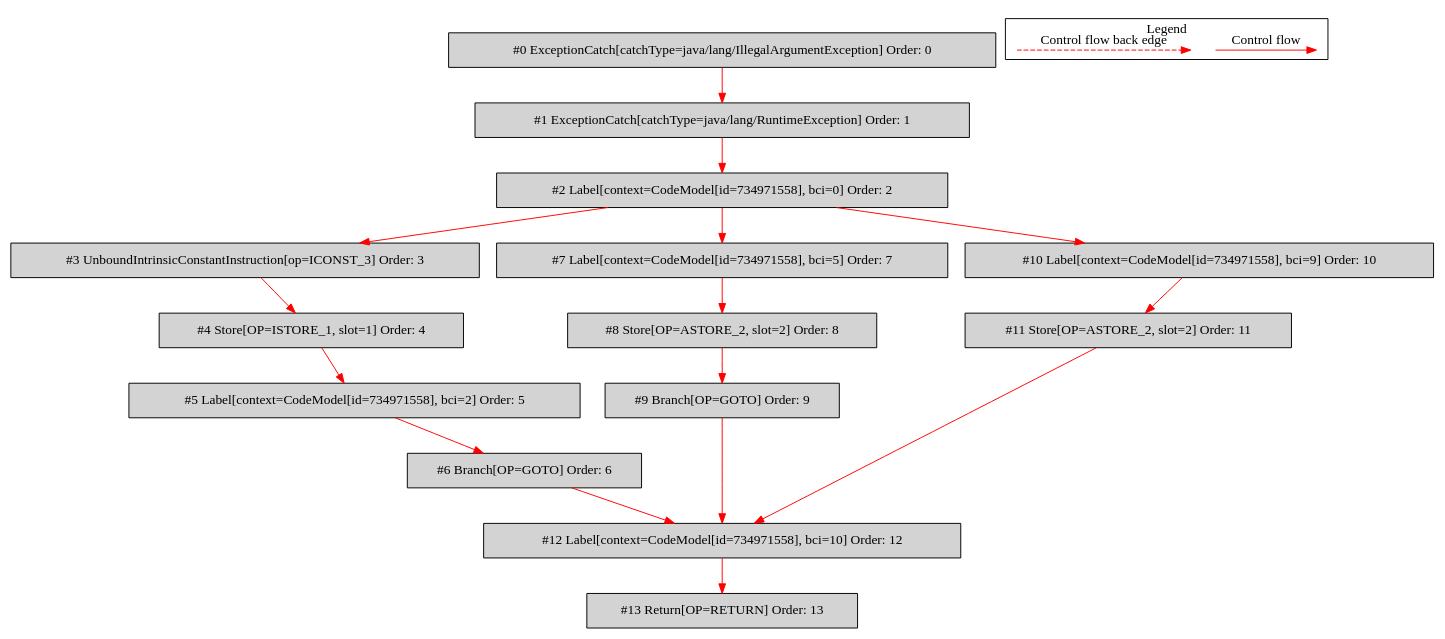
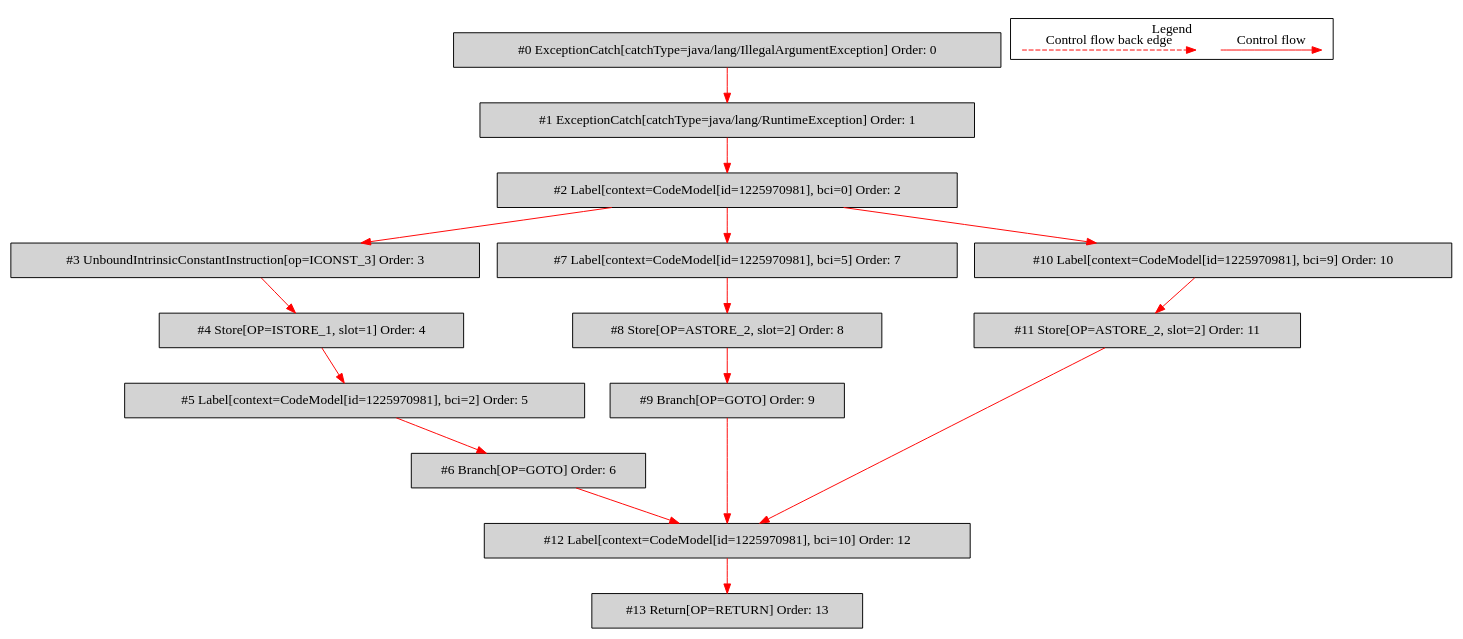
One commit to mirkosertic/MetaIR changed the diagram in de.mirkosertic.metair.ir.OpcodeTryCatchTest/test_CatchOfTwo/bytecodecfg.dot. Above: the diagram before and after it, drawn with Graphviz. The commit also changed 1418 other files, not shown here.

```diff
--- a/de.mirkosertic.metair.ir.OpcodeTryCatchTest/test_CatchOfTwo/bytecodecfg.dot
+++ b/de.mirkosertic.metair.ir.OpcodeTryCatchTest/test_CatchOfTwo/bytecodecfg.dot
@@ -1,46 +1,46 @@
 digraph {
  ordering="in";
  node0[label="#0 ExceptionCatch[catchType=java/lang/IllegalArgumentException] Order: 0", shape=box, fillcolor=lightgrey, style=filled];
  node1[label="#1 ExceptionCatch[catchType=java/lang/RuntimeException] Order: 1", shape=box, fillcolor=lightgrey, style=filled];
- node2[label="#2 Label[context=CodeModel[id=734971558], bci=0] Order: 2", shape=box, fillcolor=lightgrey, style=filled];
+ node2[label="#2 Label[context=CodeModel[id=1225970981], bci=0] Order: 2", shape=box, fillcolor=lightgrey, style=filled];
  node3[label="#3 UnboundIntrinsicConstantInstruction[op=ICONST_3] Order: 3", shape=box, fillcolor=lightgrey, style=filled];
  node4[label="#4 Store[OP=ISTORE_1, slot=1] Order: 4", shape=box, fillcolor=lightgrey, style=filled];
- node5[label="#5 Label[context=CodeModel[id=734971558], bci=2] Order: 5", shape=box, fillcolor=lightgrey, style=filled];
+ node5[label="#5 Label[context=CodeModel[id=1225970981], bci=2] Order: 5", shape=box, fillcolor=lightgrey, style=filled];
  node6[label="#6 Branch[OP=GOTO] Order: 6", shape=box, fillcolor=lightgrey, style=filled];
- node7[label="#7 Label[context=CodeModel[id=734971558], bci=5] Order: 7", shape=box, fillcolor=lightgrey, style=filled];
+ node7[label="#7 Label[context=CodeModel[id=1225970981], bci=5] Order: 7", shape=box, fillcolor=lightgrey, style=filled];
  node8[label="#8 Store[OP=ASTORE_2, slot=2] Order: 8", shape=box, fillcolor=lightgrey, style=filled];
  node9[label="#9 Branch[OP=GOTO] Order: 9", shape=box, fillcolor=lightgrey, style=filled];
- node10[label="#10 Label[context=CodeModel[id=734971558], bci=9] Order: 10", shape=box, fillcolor=lightgrey, style=filled];
+ node10[label="#10 Label[context=CodeModel[id=1225970981], bci=9] Order: 10", shape=box, fillcolor=lightgrey, style=filled];
  node11[label="#11 Store[OP=ASTORE_2, slot=2] Order: 11", shape=box, fillcolor=lightgrey, style=filled];
- node12[label="#12 Label[context=CodeModel[id=734971558], bci=10] Order: 12", shape=box, fillcolor=lightgrey, style=filled];
+ node12[label="#12 Label[context=CodeModel[id=1225970981], bci=10] Order: 12", shape=box, fillcolor=lightgrey, style=filled];
  node13[label="#13 Return[OP=RETURN] Order: 13", shape=box, fillcolor=lightgrey, style=filled];
  node0 -> node1[color=red];
  node1 -> node2[color=red];
  node2 -> node3[color=red];
  node3 -> node4[color=red];
  node4 -> node5[color=red];
  node5 -> node6[color=red];
  node2 -> node7[color=red];
  node7 -> node8[color=red];
  node8 -> node9[color=red];
  node2 -> node10[color=red];
  node10 -> node11[color=red];
  node6 -> node12[color=red];
  node9 -> node12[color=red];
  node11 -> node12[color=red];
  node12 -> node13[color=red];
  subgraph cluster_000 {
   label = "Legend";
   node [shape=point]
   {
    rank=same;
    c0 [style = invis];
    c1 [style = invis];
    c2 [style = invis];
    c3 [style = invis];
   }
   c0 -> c1 [label="Control flow", style=solid, color=red]
   c2 -> c3 [label="Control flow back edge", style=dashed, color=red]
  }
 
 }
```
